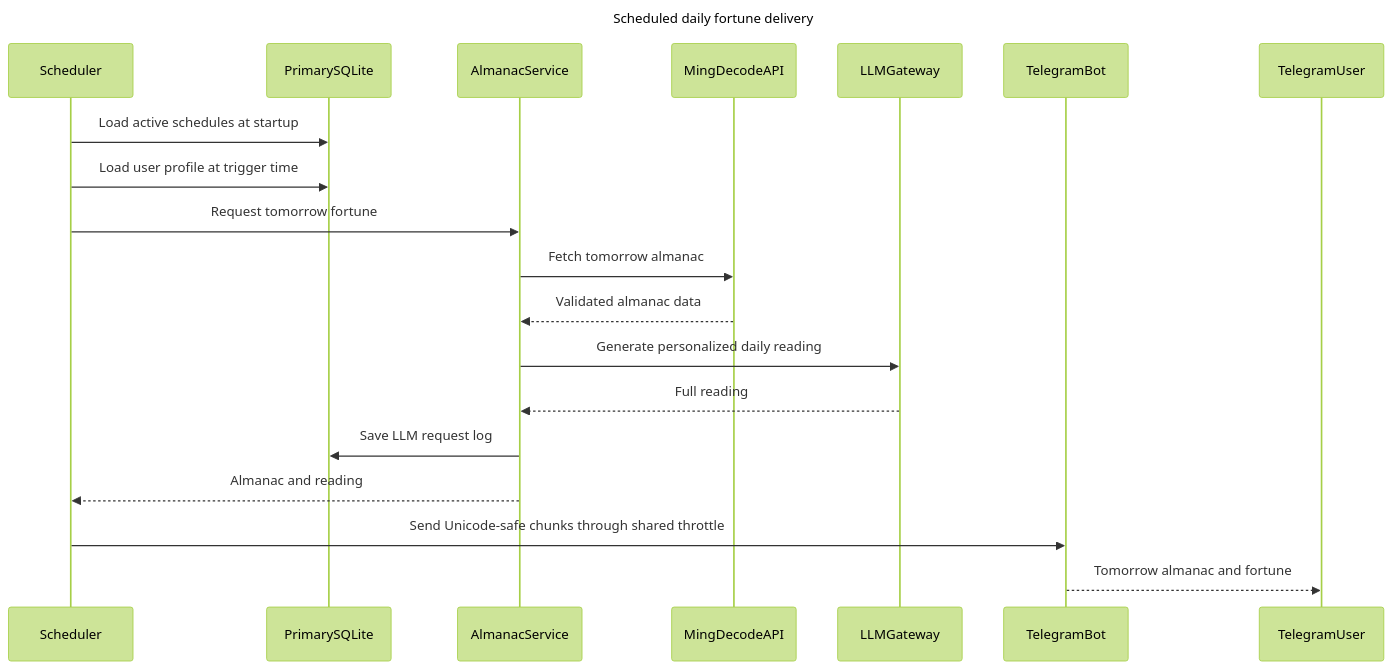
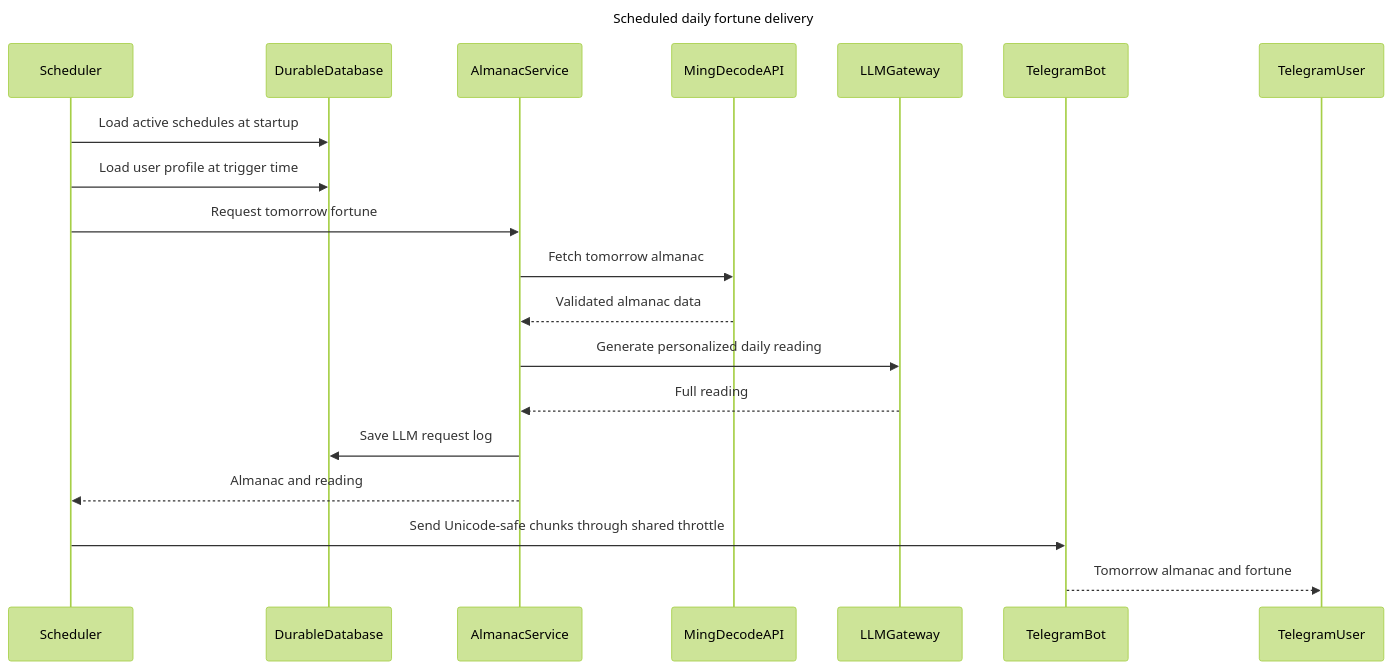
Before and after one commit to henius98/BaziFlowAgent: the fourth of 6 diagrams in docs/project-flow-sequence.md, drawn with Mermaid (forest theme). The commit also changed other lines of this file and 22 other files, not shown here.

````diff
--- a/docs/project-flow-sequence.md
+++ b/docs/project-flow-sequence.md
@@ -106,23 +110,23 @@
 ```mermaid
 sequenceDiagram
     title Scheduled daily fortune delivery
     participant Scheduler
-    participant PrimarySQLite
+    participant DurableDatabase
     participant AlmanacService
     participant MingDecodeAPI
     participant LLMGateway
     participant TelegramBot
     participant TelegramUser
 
-    Scheduler->>PrimarySQLite: Load active schedules at startup
-    Scheduler->>PrimarySQLite: Load user profile at trigger time
+    Scheduler->>DurableDatabase: Load active schedules at startup
+    Scheduler->>DurableDatabase: Load user profile at trigger time
     Scheduler->>AlmanacService: Request tomorrow fortune
     AlmanacService->>MingDecodeAPI: Fetch tomorrow almanac
     MingDecodeAPI-->>AlmanacService: Validated almanac data
     AlmanacService->>LLMGateway: Generate personalized daily reading
     LLMGateway-->>AlmanacService: Full reading
-    AlmanacService->>PrimarySQLite: Save LLM request log
+    AlmanacService->>DurableDatabase: Save LLM request log
     AlmanacService-->>Scheduler: Almanac and reading
     Scheduler->>TelegramBot: Send Unicode-safe chunks through shared throttle
     TelegramBot-->>TelegramUser: Tomorrow almanac and fortune
 ```
````
